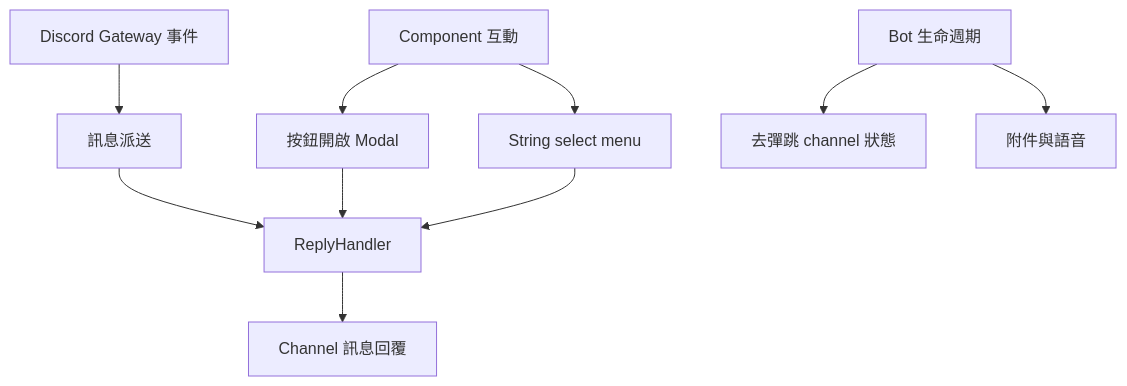
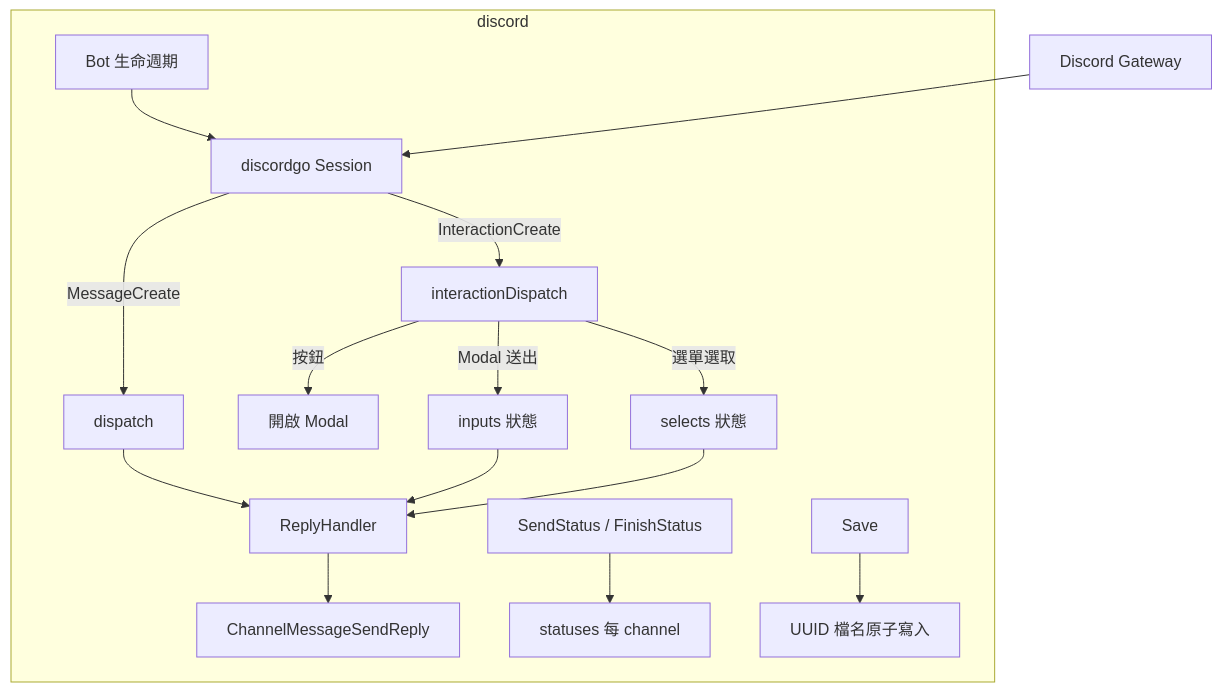
The third of 7 diagrams in doc/architecture.zh.md (pardnchiu/go-bot), drawn with Mermaid before and after one commit. The commit also changed other lines of this file and 5 other files, not shown here.

````diff
--- a/doc/architecture.zh.md
+++ b/doc/architecture.zh.md
@@ -47,12 +53,18 @@
 ```mermaid
 graph TB
-    Gateway[Discord Gateway 事件] --> Dispatch[訊息派送]
-    Dispatch --> Handler[ReplyHandler]
-    Handler --> Reply[Channel 訊息回覆]
-    Component[Component 互動] --> Modal[按鈕開啟 Modal]
-    Component --> Select[String select menu]
-    Modal --> Handler
-    Select --> Handler
-    Bot[Bot 生命週期] --> Status[去彈跳 channel 狀態]
-    Bot --> Media[附件與語音]
+    subgraph discord
+        Bot[Bot 生命週期] --> Session[discordgo Session]
+        Session -->|MessageCreate| Dispatch[dispatch]
+        Session -->|InteractionCreate| Interaction[interactionDispatch]
+        Dispatch --> Handler[ReplyHandler]
+        Interaction -->|按鈕| Modal[開啟 Modal]
+        Interaction -->|Modal 送出| Inputs[inputs 狀態]
+        Interaction -->|選單選取| Selects[selects 狀態]
+        Inputs --> Handler
+        Selects --> Handler
+        Handler --> Reply[ChannelMessageSendReply]
+        Status[SendStatus / FinishStatus] --> Statuses[statuses 每 channel]
+        Save[Save] --> Disk[UUID 檔名原子寫入]
+    end
+    Gateway[Discord Gateway] --> Session
 ```
````
